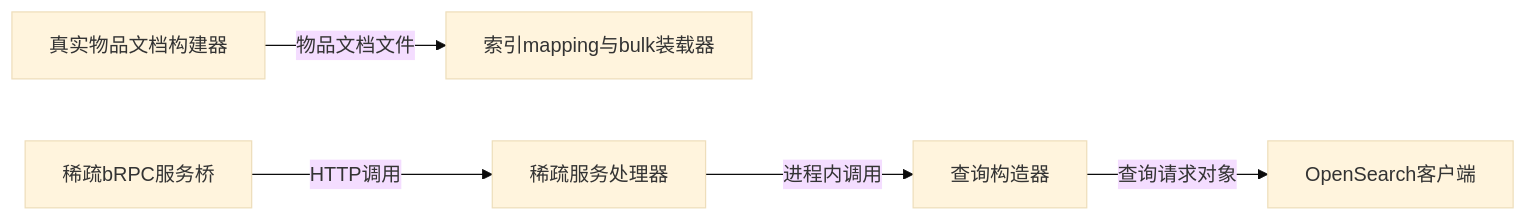
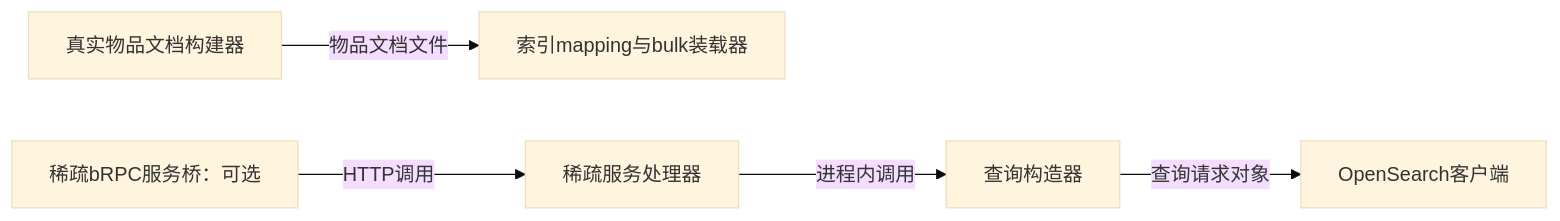
The diagram in diagrams/07_other_services_07.mmd (bitianyuan123/docs), drawn with Mermaid (base theme) before and after one commit. The commit also changed 85 other files, not shown here.

```diff
--- a/diagrams/07_other_services_07.mmd
+++ b/diagrams/07_other_services_07.mmd
@@ -1,5 +1,5 @@
 flowchart LR
     A[真实物品文档构建器] -->|物品文档文件| B[索引mapping与bulk装载器]
     C[稀疏服务处理器] -->|进程内调用| D[查询构造器]
     D -->|查询请求对象| E[OpenSearch客户端]
-    F[稀疏bRPC服务桥] -->|HTTP调用| C
+    F[稀疏bRPC服务桥：可选] -->|HTTP调用| C
```
